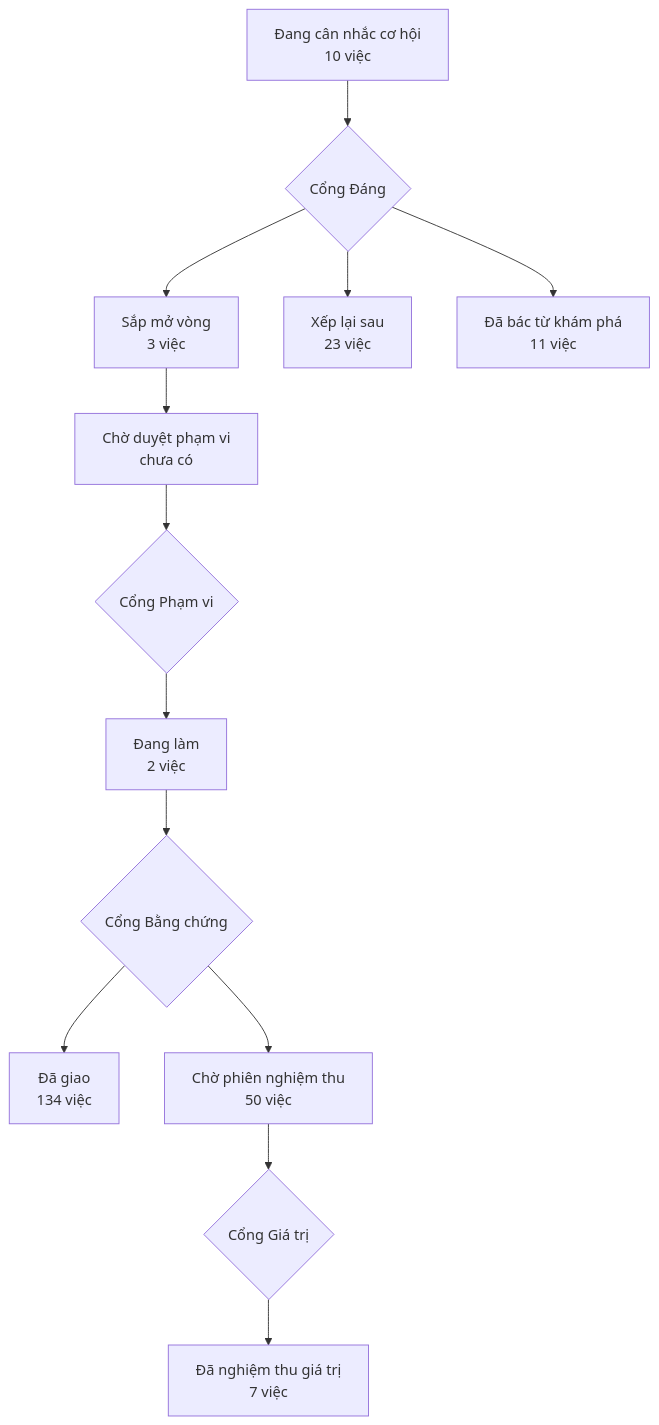
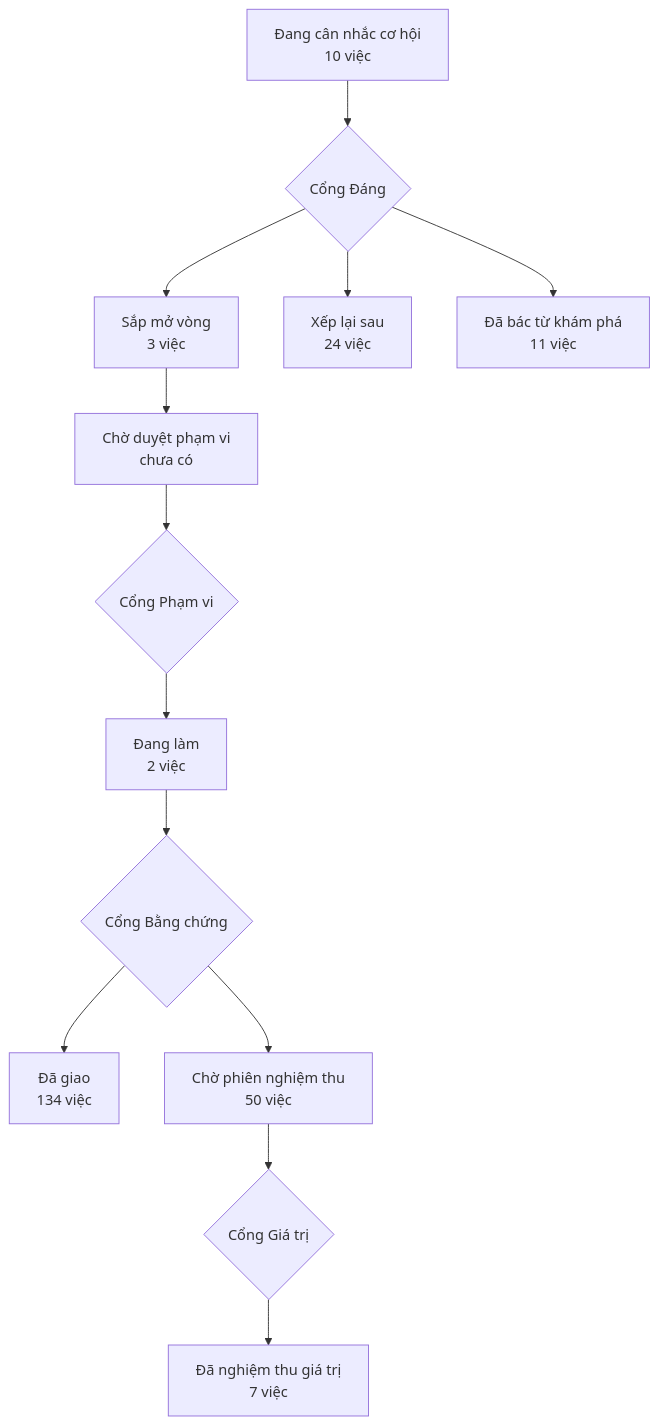
The diagram in PRODUCT-MAP.md (phanlemanh/acceptance-gate-kit), drawn with Mermaid before and after one commit. The commit also changed other lines of this file and 1 other file, not shown here.

Commit message:
docs(gia-lan-ghim-lai-vong-b): vẽ lại bản đồ sau khi ghi ô park

````diff
--- a/PRODUCT-MAP.md
+++ b/PRODUCT-MAP.md
@@ -7,12 +7,12 @@
 ```mermaid
 flowchart TD
   A["Đang cân nhắc cơ hội<br/>10 việc"] --> GD{"Cổng Đáng"}
   GD --> B["Sắp mở vòng<br/>3 việc"]
-  GD --> XL["Xếp lại sau<br/>23 việc"]
+  GD --> XL["Xếp lại sau<br/>24 việc"]
   GD --> DB["Đã bác từ khám phá<br/>11 việc"]
   B --> CD["Chờ duyệt phạm vi<br/>chưa có"] --> GP{"Cổng Phạm vi"}
   GP --> DL["Đang làm<br/>2 việc"] --> GB{"Cổng Bằng chứng"}
   GB --> DG["Đã giao<br/>134 việc"]
   GB --> CN["Chờ phiên nghiệm thu<br/>50 việc"] --> GG{"Cổng Giá trị"}
   GG --> NT["Đã nghiệm thu giá trị<br/>7 việc"]
 ```
````
